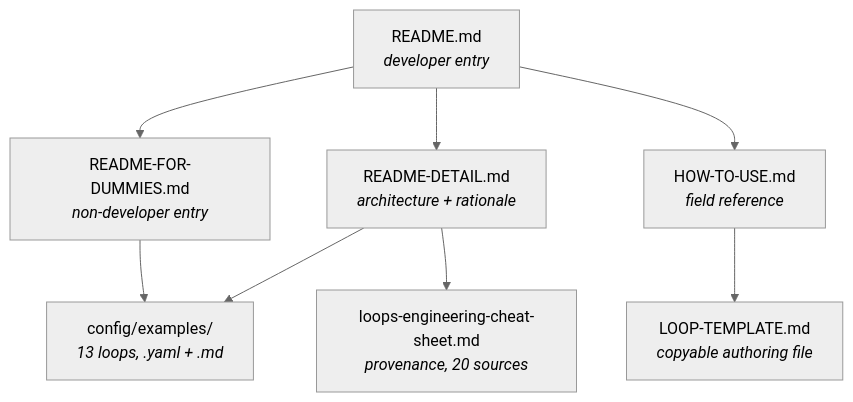
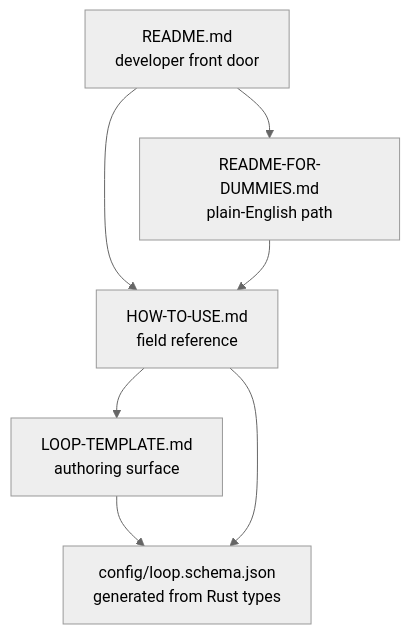
One commit to bitphill/loopsmith changed the diagram in wiki/project-documentation.md. Above: the diagram before and after it, drawn with Mermaid (neutral theme). The commit also changed other lines of this file and 30 other files, not shown here.

````diff
--- a/wiki/project-documentation.md
+++ b/wiki/project-documentation.md
@@ -20,17 +20,9 @@
 ```mermaid
 flowchart TD
-    R["README.md<br/><i>developer entry</i>"]
-    D["README-FOR-DUMMIES.md<br/><i>non-developer entry</i>"]
-    H["HOW-TO-USE.md<br/><i>field reference</i>"]
-    T["LOOP-TEMPLATE.md<br/><i>copyable authoring file</i>"]
-    X["README-DETAIL.md<br/><i>architecture + rationale</i>"]
-    C["loops-engineering-cheat-sheet.md<br/><i>provenance, 20 sources</i>"]
-    E["config/examples/<br/><i>13 loops, .yaml + .md</i>"]
-    R --> D
-    R --> X
-    R --> H
-    D --> E
-    H --> T
-    X --> C
-    X --> E
+    R["README.md<br/>developer front door"] --> D["README-FOR-DUMMIES.md<br/>plain-English path"]
+    R --> H["HOW-TO-USE.md<br/>field reference"]
+    D --> H
+    H --> T["LOOP-TEMPLATE.md<br/>authoring surface"]
+    T --> S["config/loop.schema.json<br/>generated from Rust types"]
+    H --> S
 ```
````
